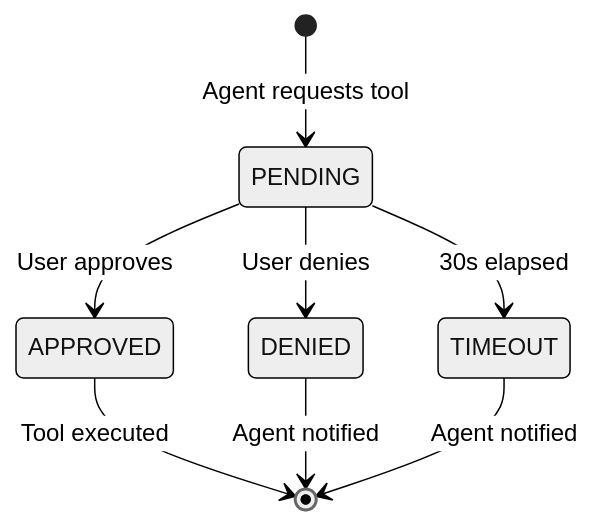
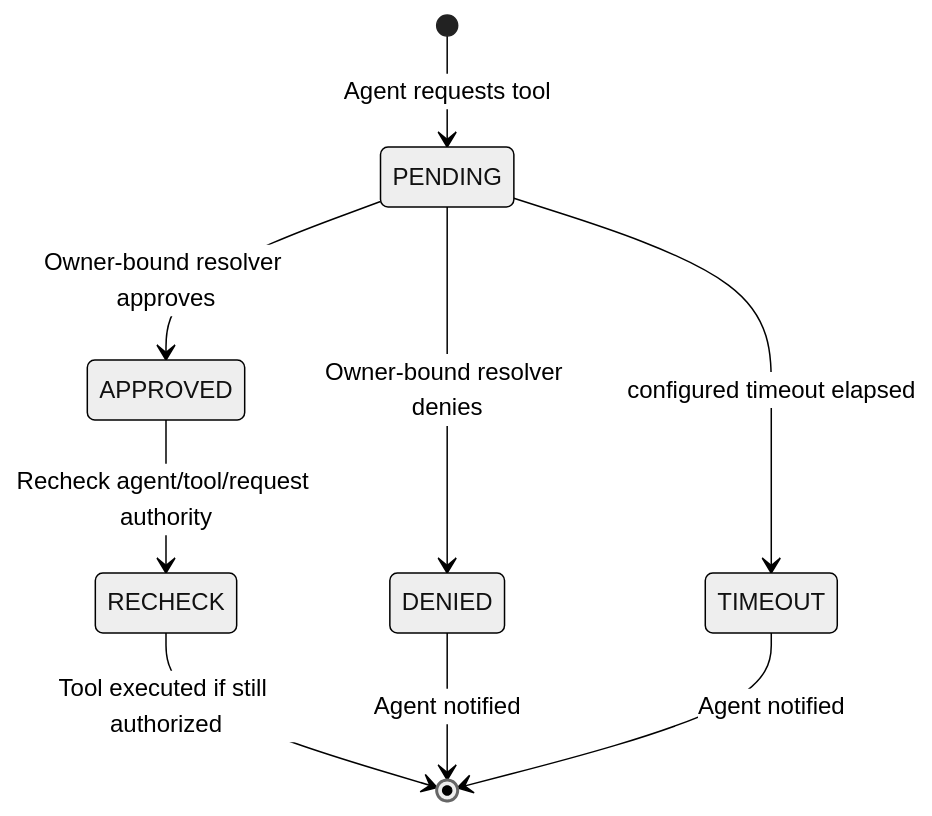
The second of 2 diagrams in docs/workflows/tool-approval-workflow.md (emeraldcoastsystemsgroup/oshal), drawn with Mermaid (neutral theme) before and after one commit. The commit also changed other lines of this file and 810 other files, not shown here.

````diff
--- a/docs/workflows/tool-approval-workflow.md
+++ b/docs/workflows/tool-approval-workflow.md
@@ -93,10 +78,11 @@
 ```mermaid
 stateDiagram-v2
     [*] --> PENDING: Agent requests tool
-    PENDING --> APPROVED: User approves
-    PENDING --> DENIED: User denies
-    PENDING --> TIMEOUT: 30s elapsed
-    APPROVED --> [*]: Tool executed
+    PENDING --> APPROVED: Owner-bound resolver approves
+    PENDING --> DENIED: Owner-bound resolver denies
+    PENDING --> TIMEOUT: configured timeout elapsed
+    APPROVED --> RECHECK: Recheck agent/tool/request authority
+    RECHECK --> [*]: Tool executed if still authorized
     DENIED --> [*]: Agent notified
     TIMEOUT --> [*]: Agent notified
 ```
````
